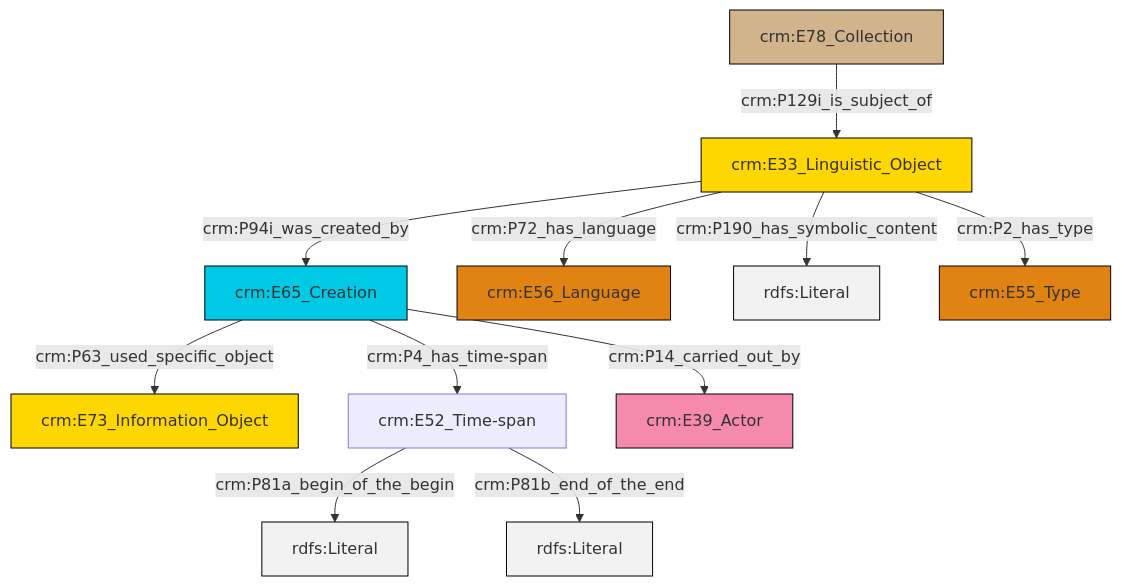
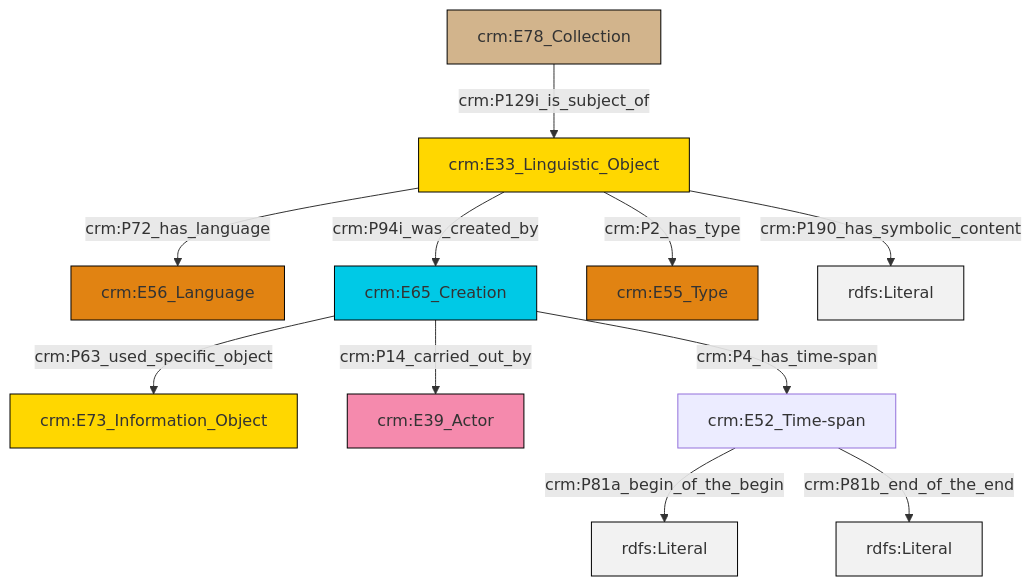
The diagram in et/archivalCSV/ttl/mmd/archival_desc.ttl.mmd (swiss-art-research-net/docs.swissartresearch), drawn with Mermaid before and after one commit. The commit also changed 216 other files, not shown here.

```diff
--- a/et/archivalCSV/ttl/mmd/archival_desc.ttl.mmd
+++ b/et/archivalCSV/ttl/mmd/archival_desc.ttl.mmd
@@ -1,25 +1,25 @@
 graph TD
 classDef Literal fill:#f2f2f2,stroke:#000000;
 classDef CRM_Entity fill:#FFFFFF,stroke:#000000;
 classDef Temporal_Entity fill:#00C9E6, stroke:#000000;
 classDef Type fill:#E18312, stroke:#000000;
 classDef Time-Span fill:#2C9C91, stroke:#000000;
 classDef Appellation fill:#FFEB7F, stroke:#000000;
 classDef Place fill:#008836, stroke:#000000;
 classDef Persistent_Item fill:#B266B2, stroke:#000000;
 classDef Conceptual_Object fill:#FFD700, stroke:#000000;
 classDef Physical_Thing fill:#D2B48C, stroke:#000000;
 classDef Actor fill:#f58aad, stroke:#000000;
 classDef PC_Classes fill:#4ce600, stroke:#000000;
 classDef Multi fill:#cccccc,stroke:#000000;
 
-0["crm:E33_Linguistic_Object"]:::Conceptual_Object -->|crm:P94i_was_created_by| 1["crm:E65_Creation"]:::Temporal_Entity
-0["crm:E33_Linguistic_Object"]:::Conceptual_Object -->|crm:P72_has_language| 4["crm:E56_Language"]:::Type
-8["crm:E52_Time-span"]:::Default -->|crm:P81a_begin_of_the_begin| 9[rdfs:Literal]:::Literal
-1["crm:E65_Creation"]:::Temporal_Entity -->|crm:P4_has_time-span| 8["crm:E52_Time-span"]:::Default
-1["crm:E65_Creation"]:::Temporal_Entity -->|crm:P14_carried_out_by| 10["crm:E39_Actor"]:::Actor
-0["crm:E33_Linguistic_Object"]:::Conceptual_Object -->|crm:P190_has_symbolic_content| 13[rdfs:Literal]:::Literal
-1["crm:E65_Creation"]:::Temporal_Entity -->|crm:P63_used_specific_object| 6["crm:E73_Information_Object"]:::Conceptual_Object
-8["crm:E52_Time-span"]:::Default -->|crm:P81b_end_of_the_end| 15[rdfs:Literal]:::Literal
-2["crm:E78_Collection"]:::Physical_Thing -->|crm:P129i_is_subject_of| 0["crm:E33_Linguistic_Object"]:::Conceptual_Object
-0["crm:E33_Linguistic_Object"]:::Conceptual_Object -->|crm:P2_has_type| 16["crm:E55_Type"]:::Type
+0["crm:E33_Linguistic_Object"]:::Conceptual_Object -->|crm:P72_has_language| 1["crm:E56_Language"]:::Type
+0["crm:E33_Linguistic_Object"]:::Conceptual_Object -->|crm:P94i_was_created_by| 2["crm:E65_Creation"]:::Temporal_Entity
+7["crm:E78_Collection"]:::Physical_Thing -->|crm:P129i_is_subject_of| 0["crm:E33_Linguistic_Object"]:::Conceptual_Object
+2["crm:E65_Creation"]:::Temporal_Entity -->|crm:P63_used_specific_object| 8["crm:E73_Information_Object"]:::Conceptual_Object
+2["crm:E65_Creation"]:::Temporal_Entity -->|crm:P14_carried_out_by| 11["crm:E39_Actor"]:::Actor
+2["crm:E65_Creation"]:::Temporal_Entity -->|crm:P4_has_time-span| 12["crm:E52_Time-span"]:::Default
+12["crm:E52_Time-span"]:::Default -->|crm:P81a_begin_of_the_begin| 13[rdfs:Literal]:::Literal
+0["crm:E33_Linguistic_Object"]:::Conceptual_Object -->|crm:P2_has_type| 4["crm:E55_Type"]:::Type
+0["crm:E33_Linguistic_Object"]:::Conceptual_Object -->|crm:P190_has_symbolic_content| 14[rdfs:Literal]:::Literal
+12["crm:E52_Time-span"]:::Default -->|crm:P81b_end_of_the_end| 16[rdfs:Literal]:::Literal
```
